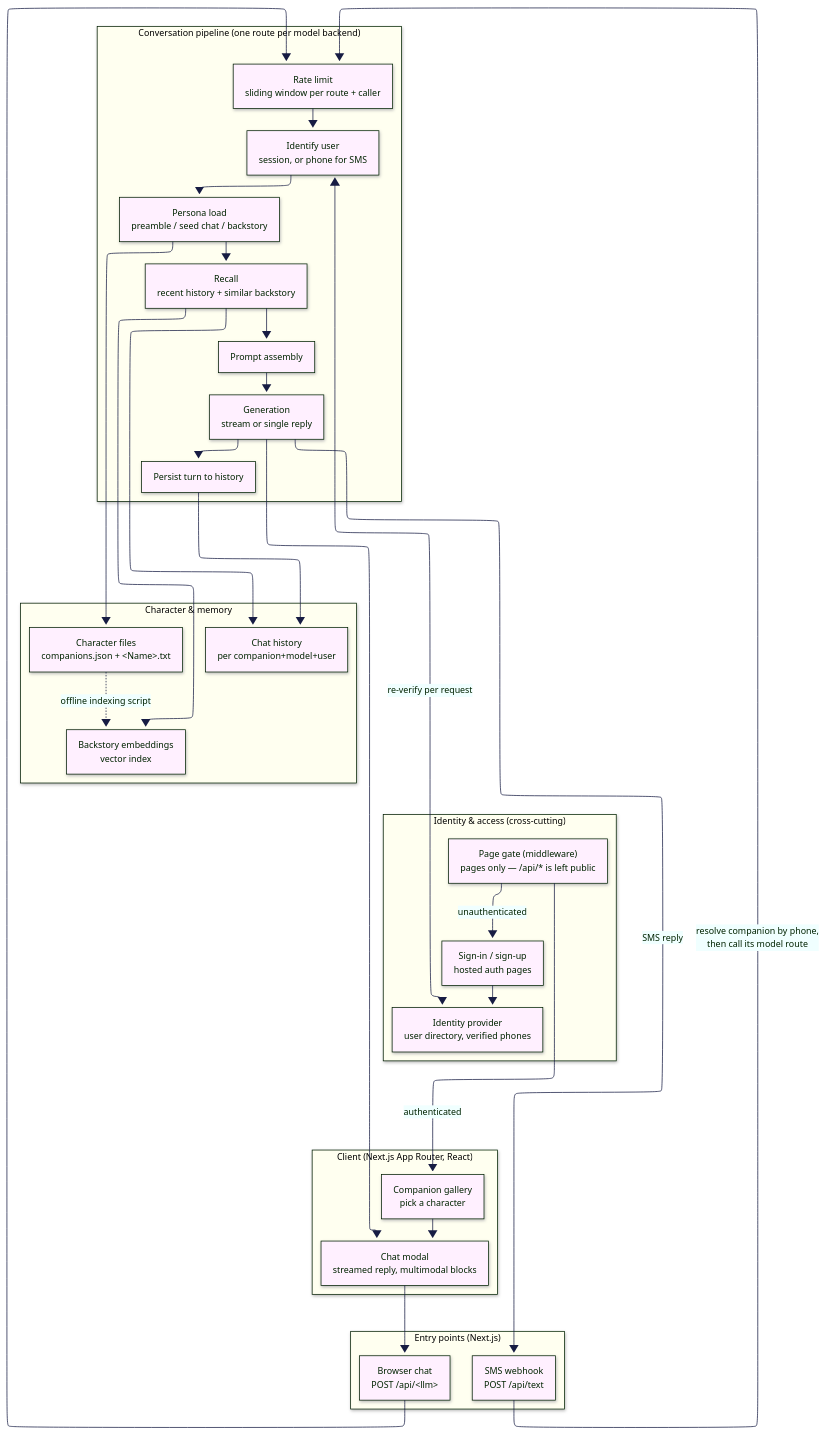
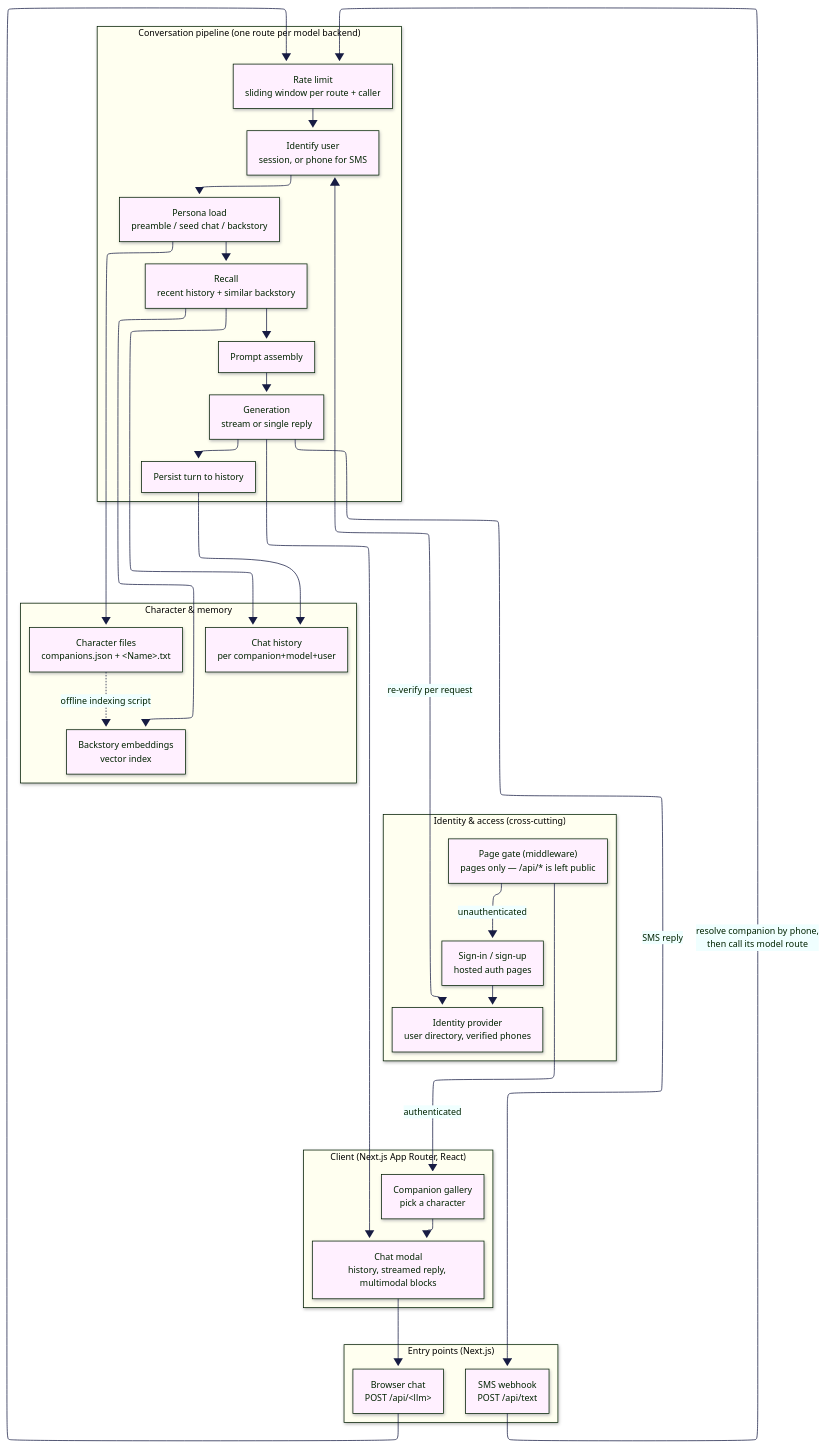
Before and after one commit to MiikaNiemela/companion-app: the first of 3 diagrams in docs/ARCHITECTURE.md, drawn with Mermaid. The commit also changed other lines of this file and 9 other files, not shown here.

````diff
--- a/docs/ARCHITECTURE.md
+++ b/docs/ARCHITECTURE.md
@@ -9,82 +14,82 @@
 ```mermaid
 %%{init: {
   "theme": "base",
   "look": "neo",
   "layout": "elk",
   "elk": {
     "mergeEdges": false,
     "nodePlacementStrategy": "LINEAR_SEGMENTS",
     "forceNodeModelOrder": true,
     "considerModelOrder": "PREFER_EDGES"
   },
   "flowchart": {
     "useMaxWidth": true
   },
   "themeVariables": {
     "background": "#FFFFFF",
     "fontFamily": "Jost, Open Sans, Arial",
     "fontSize": "12px",
     "lineColor": "#171C43",
     "mainBkg": "#FFF0FF",
     "primaryColor": "#002300",
     "primaryBorderColor": "#001C00",
     "primaryTextColor": "#002300",
     "secondaryColor": "#F0FFFF",
     "secondaryBorderColor": "#002300",
     "secondaryTextColor": "#001C00",
     "tertiaryColor": "#FFFFF0",
     "tertiaryBorderColor": "#171C43",
     "tertiaryTextColor": "#000000",
     "noteBkgColor": "#FFFFFF",
     "noteTextColor": "#00239D",
     "noteBorderColor": "#171C43"
   }
 }}%%
 flowchart TB
     subgraph access["Identity & access (cross-cutting)"]
         signin["Sign-in / sign-up<br/>hosted auth pages"]
         gate["Page gate (middleware)<br/>pages only — /api/* is left public"]
         idp["Identity provider<br/>user directory, verified phones"]
     end
 
     subgraph entry["Entry points (Next.js)"]
         web["Browser chat<br/>POST /api/&lt;llm&gt;"]
         sms["SMS webhook<br/>POST /api/text"]
     end
 
     subgraph client["Client (Next.js App Router, React)"]
         gallery["Companion gallery<br/>pick a character"]
-        chat["Chat modal<br/>streamed reply, multimodal blocks"]
+        chat["Chat modal<br/>history, streamed reply, multimodal blocks"]
     end
 
     subgraph core["Conversation pipeline (one route per model backend)"]
         limit["Rate limit<br/>sliding window per route + caller"]
         ident["Identify user<br/>session, or phone for SMS"]
         persona["Persona load<br/>preamble / seed chat / backstory"]
         recall["Recall<br/>recent history + similar backstory"]
         prompt["Prompt assembly"]
         gen["Generation<br/>stream or single reply"]
         persist["Persist turn to history"]
     end
 
     subgraph data["Character & memory"]
         files["Character files<br/>companions.json + &lt;Name&gt;.txt"]
         hist["Chat history<br/>per companion+model+user"]
         vec["Backstory embeddings<br/>vector index"]
     end
 
     signin --> idp
     gate -->|"unauthenticated"| signin
     gate -->|"authenticated"| gallery
     gallery --> chat --> web --> limit
     sms -->|"resolve companion by phone,<br/>then call its model route"| limit
     limit --> ident --> persona --> recall --> prompt --> gen --> persist
     ident <-->|"re-verify per request"| idp
     persona --> files
     recall --> hist
     recall --> vec
     persist --> hist
     gen --> chat
     gen -->|"SMS reply"| sms
     files -.->|"offline indexing script"| vec
 ```
````
